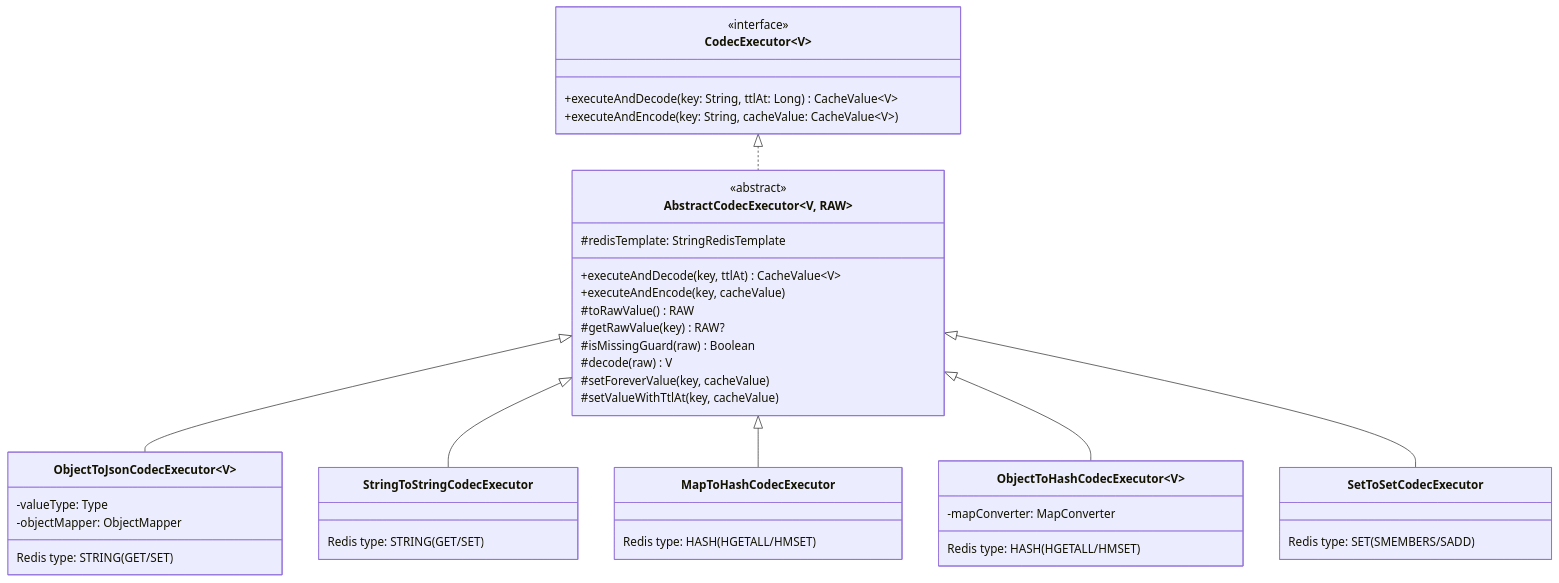
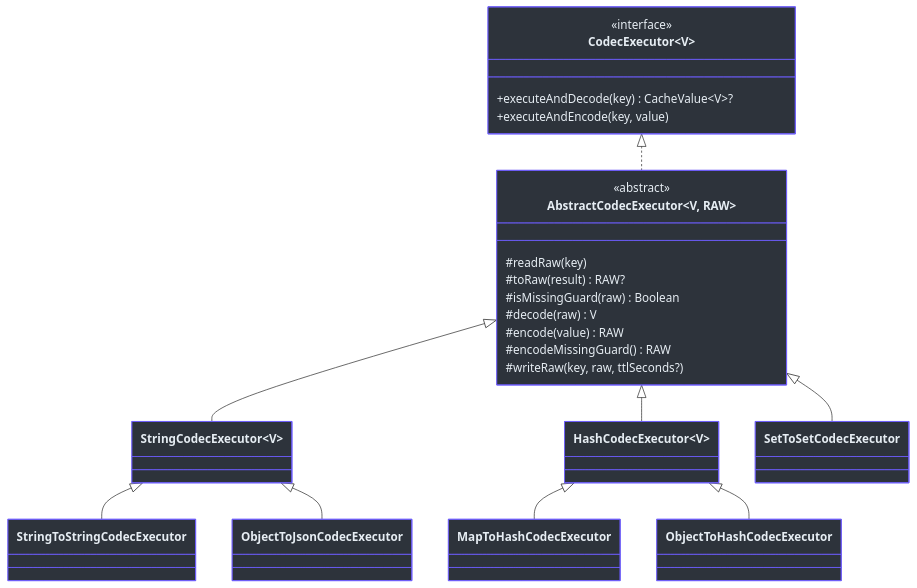
The third of 3 diagrams in wiki/modules/cocache-spring-redis.md (Ahoo-Wang/CoCache), drawn with Mermaid before and after one commit. The commit also changed other lines of this file and 74 other files, not shown here.

First line of the commit message:
docs: align docs, wiki and skills with the 5.0 architecture

````diff
--- a/wiki/modules/cocache-spring-redis.md
+++ b/wiki/modules/cocache-spring-redis.md
@@ -188,51 +93,38 @@
 ```mermaid
 classDiagram
     class CodecExecutor~V~ {
         <<interface>>
-        +executeAndDecode(key: String, ttlAt: Long) CacheValue~V~
-        +executeAndEncode(key: String, cacheValue: CacheValue~V~)
+        +executeAndDecode(key) CacheValue~V~?
+        +executeAndEncode(key, value)
     }
-
     class AbstractCodecExecutor~V, RAW~ {
         <<abstract>>
-        #redisTemplate: StringRedisTemplate
-        +executeAndDecode(key, ttlAt) CacheValue~V~
-        +executeAndEncode(key, cacheValue)
-        #toRawValue() RAW
-        #getRawValue(key) RAW?
+        #readRaw(key)
+        #toRaw(result) RAW?
         #isMissingGuard(raw) Boolean
         #decode(raw) V
-        #setForeverValue(key, cacheValue)
-        #setValueWithTtlAt(key, cacheValue)
+        #encode(value) RAW
+        #encodeMissingGuard() RAW
+        #writeRaw(key, raw, ttlSeconds?)
     }
+    class StringCodecExecutor~V~
+    class HashCodecExecutor~V~
+    CodecExecutor <|.. AbstractCodecExecutor
+    AbstractCodecExecutor <|-- StringCodecExecutor
+    AbstractCodecExecutor <|-- HashCodecExecutor
+    AbstractCodecExecutor <|-- SetToSetCodecExecutor
+    StringCodecExecutor <|-- StringToStringCodecExecutor
+    StringCodecExecutor <|-- ObjectToJsonCodecExecutor
+    HashCodecExecutor <|-- MapToHashCodecExecutor
+    HashCodecExecutor <|-- ObjectToHashCodecExecutor
 
-    class ObjectToJsonCodecExecutor~V~ {
-        -valueType: Type
-        -objectMapper: ObjectMapper
-        Redis type: STRING (GET/SET)
-    }
-
-    class StringToStringCodecExecutor {
-        Redis type: STRING (GET/SET)
-    }
-
-    class MapToHashCodecExecutor {
-        Redis type: HASH (HGETALL/HMSET)
-    }
-
-    class ObjectToHashCodecExecutor~V~ {
-        -mapConverter: MapConverter
-        Redis type: HASH (HGETALL/HMSET)
-    }
-
-    class SetToSetCodecExecutor {
-        Redis type: SET (SMEMBERS/SADD)
-    }
-
-    CodecExecutor <|.. AbstractCodecExecutor
-    AbstractCodecExecutor <|-- ObjectToJsonCodecExecutor
-    AbstractCodecExecutor <|-- StringToStringCodecExecutor
-    AbstractCodecExecutor <|-- MapToHashCodecExecutor
-    AbstractCodecExecutor <|-- ObjectToHashCodecExecutor
-    AbstractCodecExecutor <|-- SetToSetCodecExecutor
+    style CodecExecutor fill:#2d333b,stroke:#6d5dfc,color:#e6edf3
+    style AbstractCodecExecutor fill:#2d333b,stroke:#6d5dfc,color:#e6edf3
+    style StringCodecExecutor fill:#2d333b,stroke:#6d5dfc,color:#e6edf3
+    style HashCodecExecutor fill:#2d333b,stroke:#6d5dfc,color:#e6edf3
+    style SetToSetCodecExecutor fill:#2d333b,stroke:#6d5dfc,color:#e6edf3
+    style StringToStringCodecExecutor fill:#2d333b,stroke:#6d5dfc,color:#e6edf3
+    style ObjectToJsonCodecExecutor fill:#2d333b,stroke:#6d5dfc,color:#e6edf3
+    style MapToHashCodecExecutor fill:#2d333b,stroke:#6d5dfc,color:#e6edf3
+    style ObjectToHashCodecExecutor fill:#2d333b,stroke:#6d5dfc,color:#e6edf3
 ```
````
